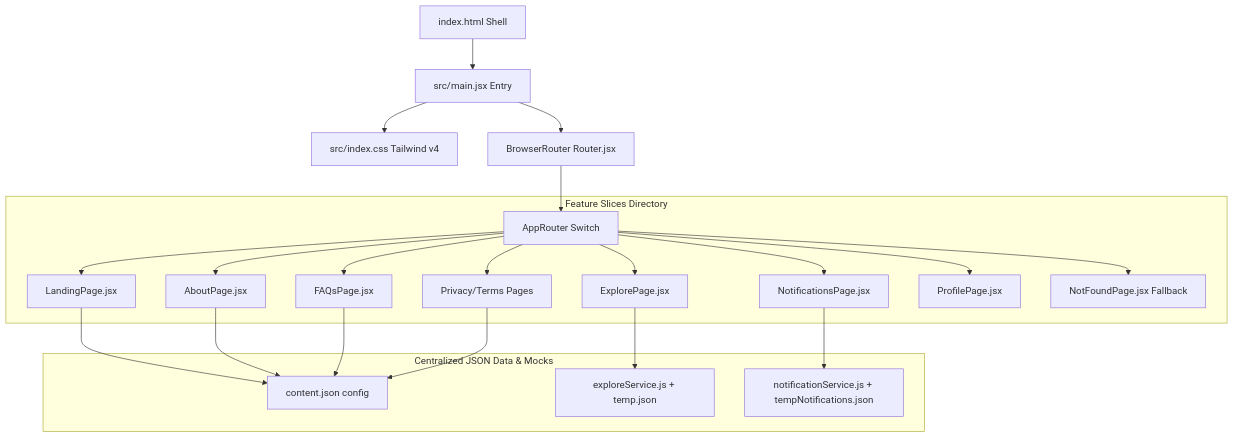
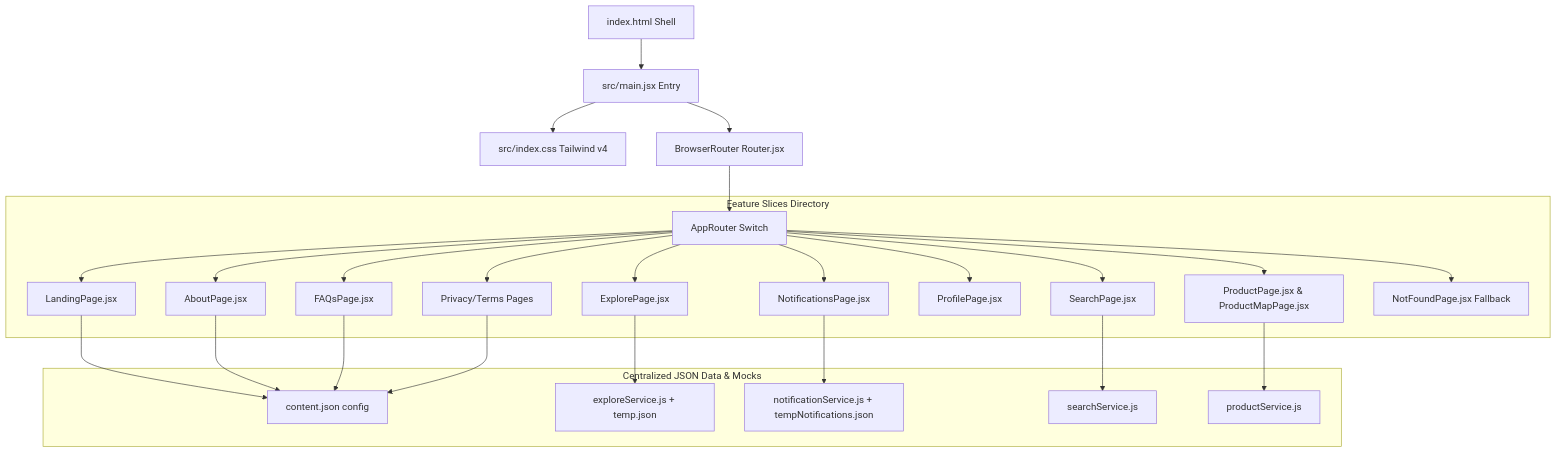
The diagram in docs/architecture.md (NearGrab/Neargrab-Frontend), drawn with Mermaid before and after one commit. The commit also changed 12 other files, not shown here.

Commit message:
Product Detail: Page created

````diff
--- a/docs/architecture.md
+++ b/docs/architecture.md
@@ -11,24 +11,28 @@
 ```mermaid
 graph TD
     HTML[index.html Shell] --> Main[src/main.jsx Entry]
     Main --> CSS[src/index.css Tailwind v4]
     Main --> RouterContainer[BrowserRouter Router.jsx]
     RouterContainer --> AppRouter[AppRouter Switch]
     
     subgraph Slices [Feature Slices Directory]
         AppRouter --> LP[LandingPage.jsx]
         AppRouter --> AP[AboutPage.jsx]
         AppRouter --> FP[FAQsPage.jsx]
         AppRouter --> PP[Privacy/Terms Pages]
         AppRouter --> EP[ExplorePage.jsx]
         AppRouter --> NTP[NotificationsPage.jsx]
         AppRouter --> PFP[ProfilePage.jsx]
+        AppRouter --> SP[SearchPage.jsx]
+        AppRouter --> PDP[ProductPage.jsx & ProductMapPage.jsx]
         AppRouter --> NP[NotFoundPage.jsx Fallback]
     end
 
     subgraph Data Layer [Centralized JSON Data & Mocks]
         LP & AP & FP & PP --> content[content.json config]
         EP --> exploreService[exploreService.js + temp.json]
         NTP --> notificationService[notificationService.js + tempNotifications.json]
+        SP --> searchService[searchService.js]
+        PDP --> productService[productService.js]
     end
 ```
````
